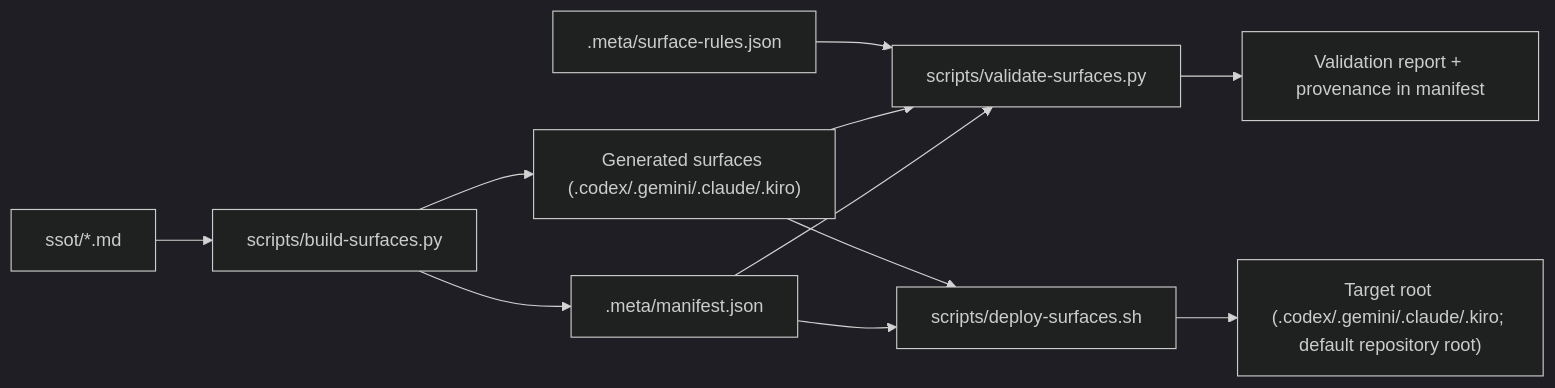
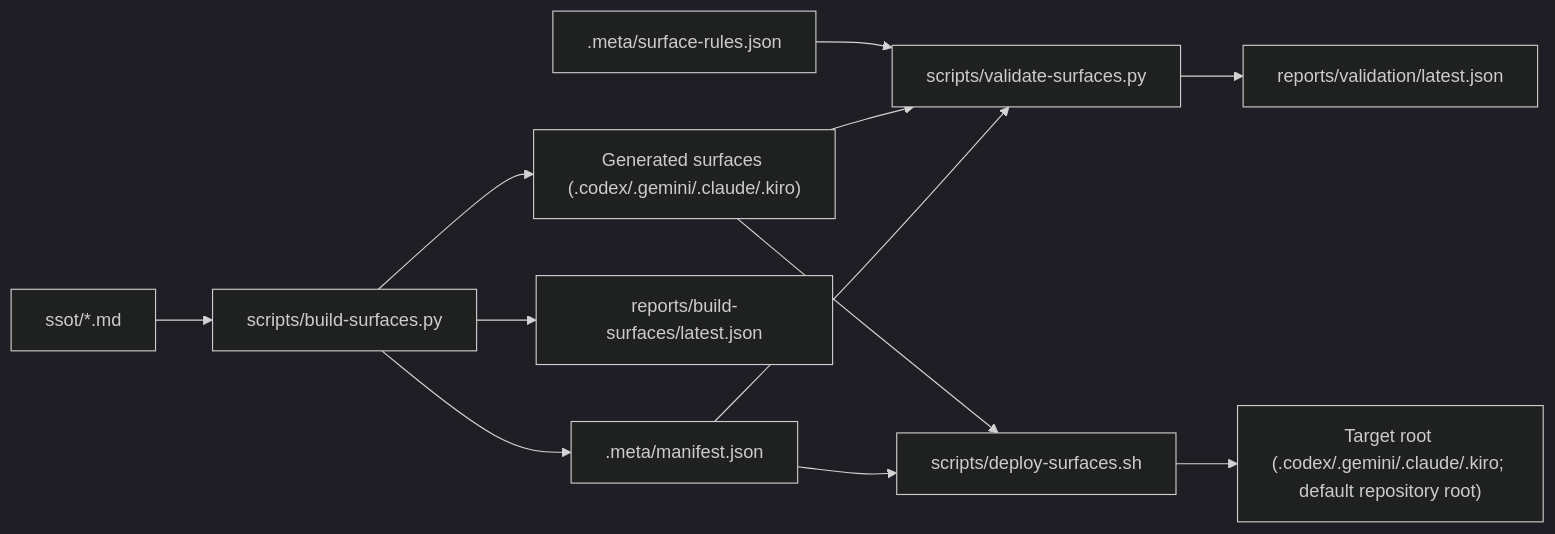
Before and after one commit to medhatgalal/Core-Prompts: the diagram in docs/ARCHITECTURE.md, drawn with Mermaid (dark theme). The commit also changed other lines of this file and 6 other files, not shown here.

````diff
--- a/docs/ARCHITECTURE.md
+++ b/docs/ARCHITECTURE.md
@@ -18,13 +19,14 @@
 ```mermaid
 flowchart LR
   A["ssot/*.md"] --> B["scripts/build-surfaces.py"]
   B --> C["Generated surfaces (.codex/.gemini/.claude/.kiro)"]
   B --> D[".meta/manifest.json"]
+  B --> J["reports/build-surfaces/latest.json"]
   E[".meta/surface-rules.json"] --> F["scripts/validate-surfaces.py"]
   C --> F
   D --> F
-  F --> G["Validation report + provenance in manifest"]
+  F --> G["reports/validation/latest.json"]
   C --> H["scripts/deploy-surfaces.sh"]
   D --> H
   H --> I["Target root (.codex/.gemini/.claude/.kiro; default repository root)"]
 ```
````
